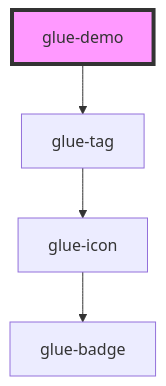
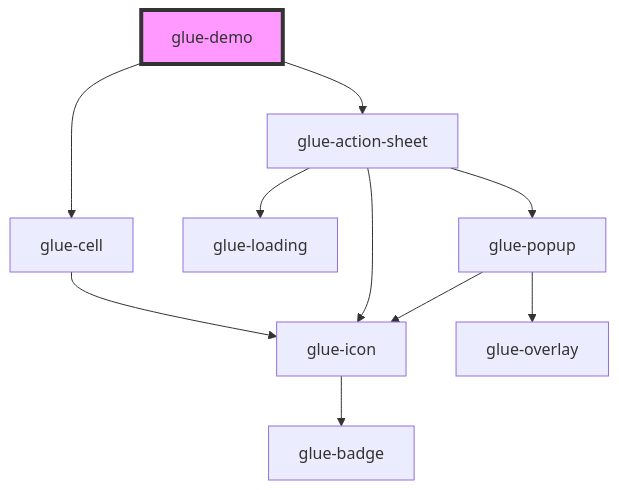
One commit to grasilife/glue changed the diagram in packages/glue-components/src/components/glue-demo/readme.md. Above: the diagram before and after it, drawn with Mermaid. The commit also changed other lines of this file and 10 other files, not shown here.

````diff
--- a/packages/glue-components/src/components/glue-demo/readme.md
+++ b/packages/glue-components/src/components/glue-demo/readme.md
@@ -15,7 +16,13 @@
 ```mermaid
 graph TD;
-  glue-demo --> glue-tag
-  glue-tag --> glue-icon
+  glue-demo --> glue-cell
+  glue-demo --> glue-action-sheet
+  glue-cell --> glue-icon
   glue-icon --> glue-badge
+  glue-action-sheet --> glue-icon
+  glue-action-sheet --> glue-loading
+  glue-action-sheet --> glue-popup
+  glue-popup --> glue-icon
+  glue-popup --> glue-overlay
   style glue-demo fill:#f9f,stroke:#333,stroke-width:4px
 ```
````
